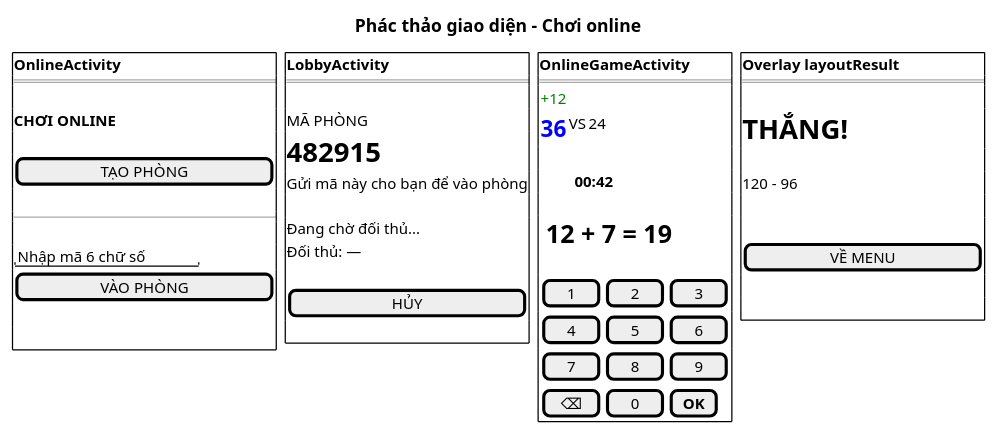
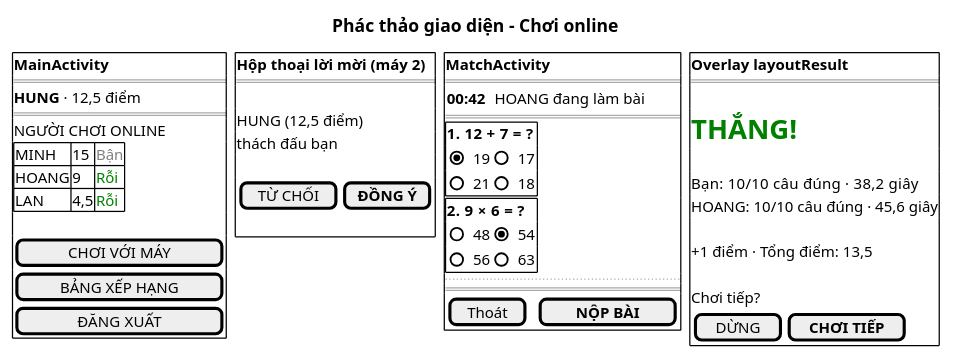
Before and after one commit to HungNguyenBa1811/math-dash: the diagram in docs/hung/giao-dien-uc03.puml, drawn with PlantUML. The commit also changed 60 other files, not shown here.

First line of the commit message:
docs(M3,M4): tài liệu Hùng theo đề 9: Chơi online, Xem bảng xếp hạng, Đăng nhập - đăng ký

```diff
--- a/docs/hung/giao-dien-uc03.puml
+++ b/docs/hung/giao-dien-uc03.puml
@@ -1,59 +1,61 @@
-@startsalt giao-dien-uc05
+@startsalt giao-dien-uc03
 title Phác thảo giao diện – Chơi online
 {
   {+
-  <b>OnlineActivity
+  <b>MainActivity
+  ==
+  <b>HUNG</b> · 12,5 điểm
+  ==
+  NGƯỜI CHƠI ONLINE
+  {#
+  MINH | 15 | <color:gray>Bận</color>
+  HOANG | 9 | <color:green>Rỗi</color>
+  LAN | 4,5 | <color:green>Rỗi</color>
+  }
+  .
+  [    CHƠI VỚI MÁY    ]
+  [    BẢNG XẾP HẠNG   ]
+  [      ĐĂNG XUẤT     ]
+  } | . | {+
+  <b>Hộp thoại lời mời (máy 2)
   ==
   .
-  <b>CHƠI ONLINE
+  HUNG (12,5 điểm)
+  thách đấu bạn
   .
-  [        TẠO PHÒNG        ]
-  .
-  ---- hoặc ----
-  .
-  "Nhập mã 6 chữ số  "
-  [        VÀO PHÒNG        ]
-  .
+  { [ TỪ CHỐI ] | [ <b>ĐỒNG Ý</b> ] }
   .
   } | . | {+
-  <b>LobbyActivity
+  <b>MatchActivity
   ==
-  .
-  MÃ PHÒNG
-  <size:22><b>482915</b></size>
-  Gửi mã này cho bạn để vào phòng
-  .
-  Đang chờ đối thủ...
-  Đối thủ: —
-  .
-  [          HỦY          ]
-  .
-  } | . | {+
-  <b>OnlineGameActivity
+  { <b>00:42</b> | . | HOANG đang làm bài }
   ==
-  {  <color:green>+12</color> | . | . }
-  { <size:18><b><color:blue>36</color></b></size> | VS | 24 }
-  .
-  <b>         00:42
-  .
-  <size:20><b> 12 + 7 = 19</b></size>
-  .
-  { [  1  ] | [  2  ] | [  3  ] }
-  { [  4  ] | [  5  ] | [  6  ] }
-  { [  7  ] | [  8  ] | [  9  ] }
-  { [  ⌫  ] | [  0  ] | [ <b>OK</b> ] }
+  {+
+  <b>1.  12 + 7 = ?
+  { (X) 19 | () 17 }
+  { () 21 | () 18 }
+  }
+  {+
+  <b>2.  9 × 6 = ?
+  { () 48 | (X) 54 }
+  { () 56 | () 63 }
+  }
+  ...
+  ==
+  { [ Thoát ] | . | [   <b>NỘP BÀI</b>   ] }
   } | . | {+
   <b>Overlay layoutResult
   ==
   .
-  <size:22><b>THẮNG!</b></size>
+  <size:22><b><color:green>THẮNG!</color></b></size>
   .
-  120 - 96
+  Bạn:   10/10 câu đúng · 38,2 giây
+  HOANG: 10/10 câu đúng · 45,6 giây
   .
+  +1 điểm · Tổng điểm: 13,5
   .
-  [        VỀ MENU        ]
-  .
-  .
+  Chơi tiếp?
+  { [  DỪNG  ] | [ <b>CHƠI TIẾP</b> ] }
   }
 }
 @endsalt
```
